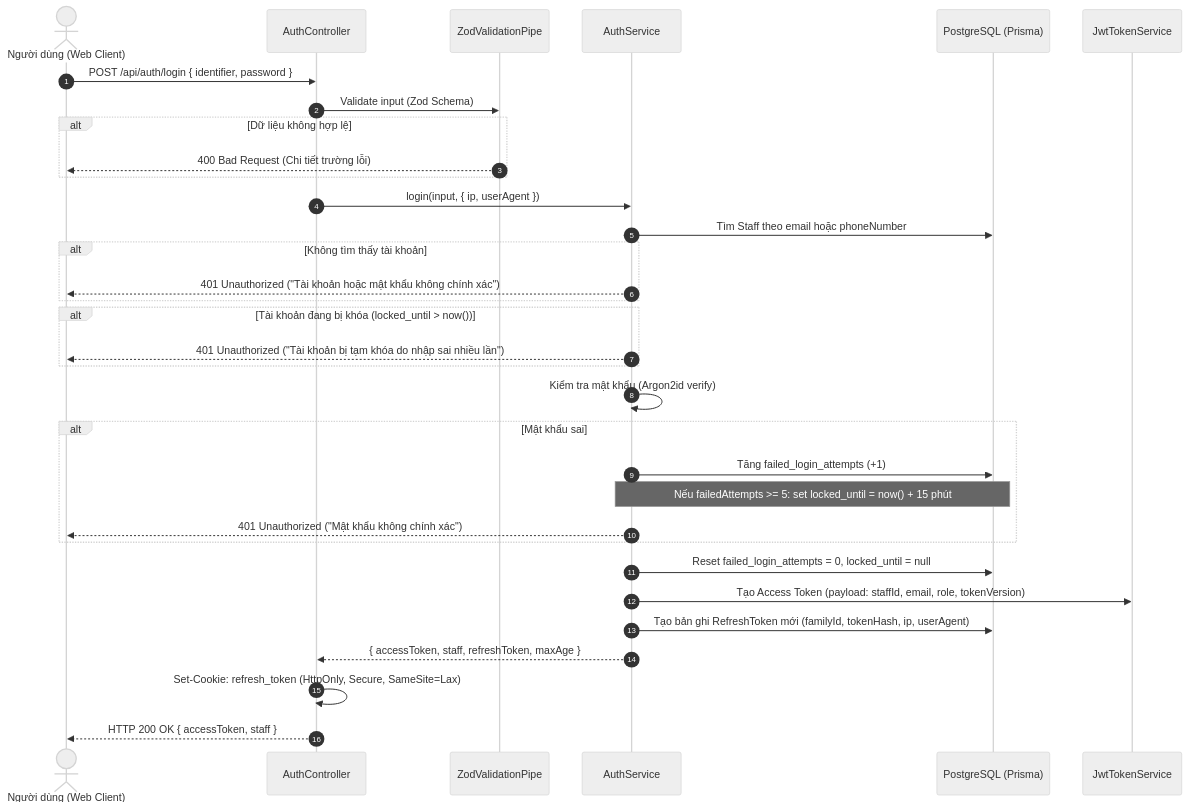
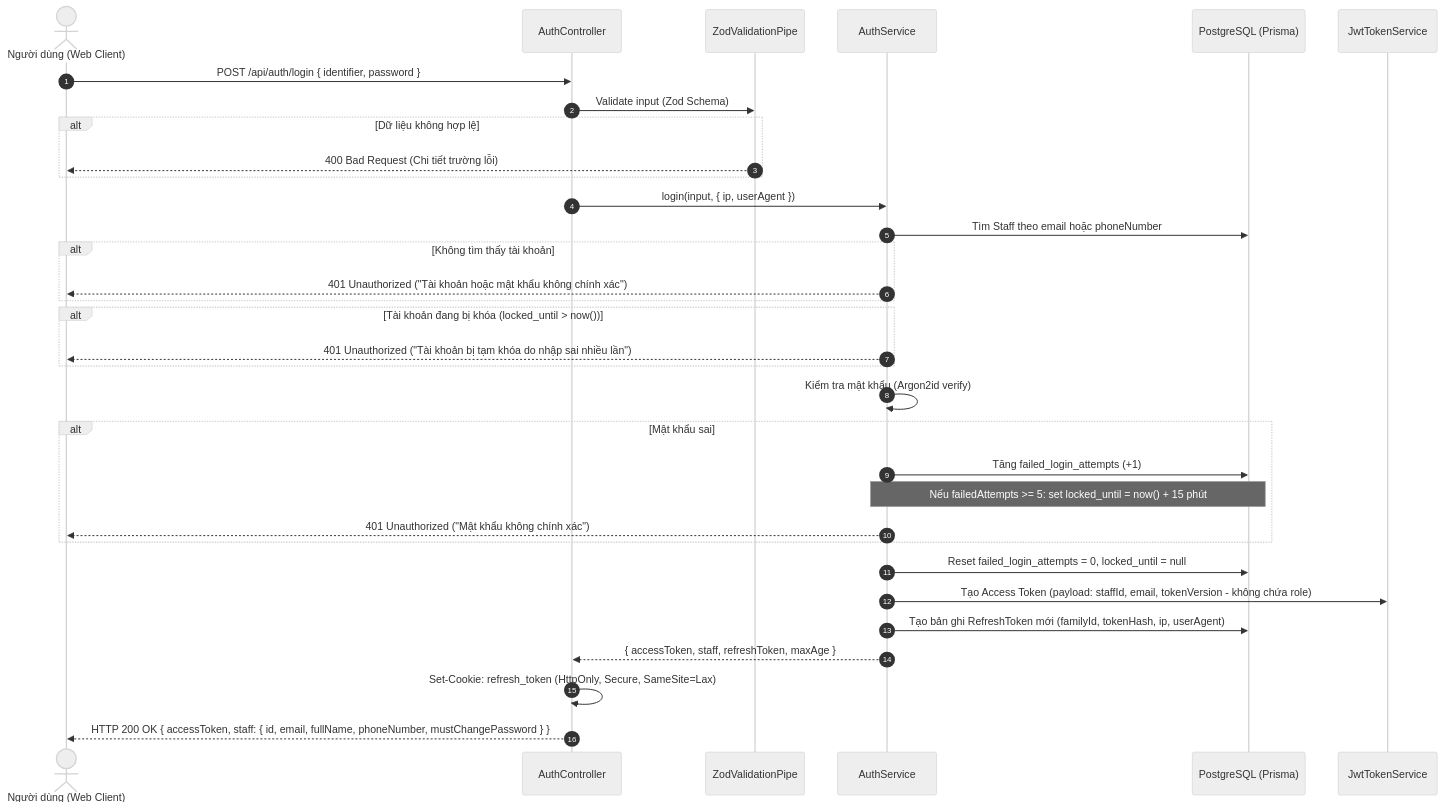
One commit to dgwhan/CUSC-Conversational-CRM changed the first of 3 diagrams in docs/modules/auth.md. Above: the diagram before and after it, drawn with Mermaid (neutral theme). The commit also changed other lines of this file and 41 other files, not shown here.

Commit message:
refactor(auth): migrate staff to users schema and mail delivery for password recovery

````diff
--- a/docs/modules/auth.md
+++ b/docs/modules/auth.md
@@ -72,40 +72,40 @@
 ```mermaid
 sequenceDiagram
     autonumber
     actor Client as Người dùng (Web Client)
     participant Ctrl as AuthController
     participant Pipe as ZodValidationPipe
     participant Svc as AuthService
     participant DB as PostgreSQL (Prisma)
     participant Jwt as JwtTokenService
 
     Client->>Ctrl: POST /api/auth/login { identifier, password }
     Ctrl->>Pipe: Validate input (Zod Schema)
     alt Dữ liệu không hợp lệ
         Pipe-->>Client: 400 Bad Request (Chi tiết trường lỗi)
     end
 
     Ctrl->>Svc: login(input, { ip, userAgent })
     Svc->>DB: Tìm Staff theo email hoặc phoneNumber
     alt Không tìm thấy tài khoản
         Svc-->>Client: 401 Unauthorized ("Tài khoản hoặc mật khẩu không chính xác")
     end
 
     alt Tài khoản đang bị khóa (locked_until > now())
         Svc-->>Client: 401 Unauthorized ("Tài khoản bị tạm khóa do nhập sai nhiều lần")
     end
 
     Svc->>Svc: Kiểm tra mật khẩu (Argon2id verify)
     alt Mật khẩu sai
         Svc->>DB: Tăng failed_login_attempts (+1)
         Note over Svc,DB: Nếu failedAttempts >= 5: set locked_until = now() + 15 phút
         Svc-->>Client: 401 Unauthorized ("Mật khẩu không chính xác")
     end
 
     Svc->>DB: Reset failed_login_attempts = 0, locked_until = null
-    Svc->>Jwt: Tạo Access Token (payload: staffId, email, role, tokenVersion)
+    Svc->>Jwt: Tạo Access Token (payload: staffId, email, tokenVersion - không chứa role)
     Svc->>DB: Tạo bản ghi RefreshToken mới (familyId, tokenHash, ip, userAgent)
     Svc-->>Ctrl: { accessToken, staff, refreshToken, maxAge }
     Ctrl->>Ctrl: Set-Cookie: refresh_token (HttpOnly, Secure, SameSite=Lax)
-    Ctrl-->>Client: HTTP 200 OK { accessToken, staff }
+    Ctrl-->>Client: HTTP 200 OK { accessToken, staff: { id, email, fullName, phoneNumber, mustChangePassword } }
 ```
````
